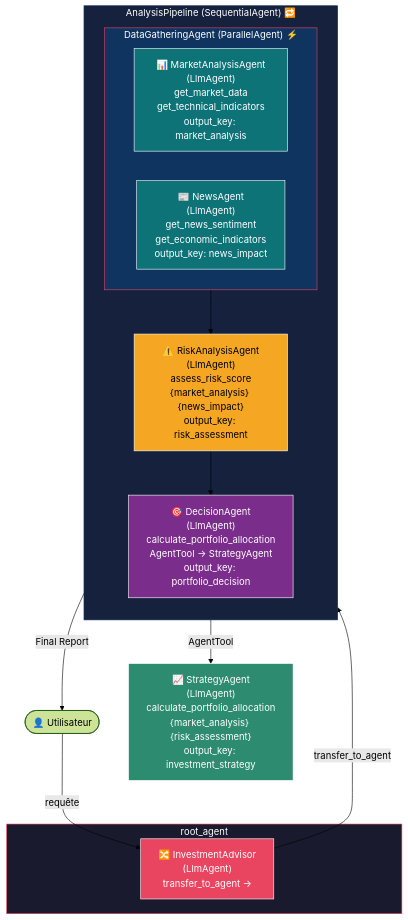
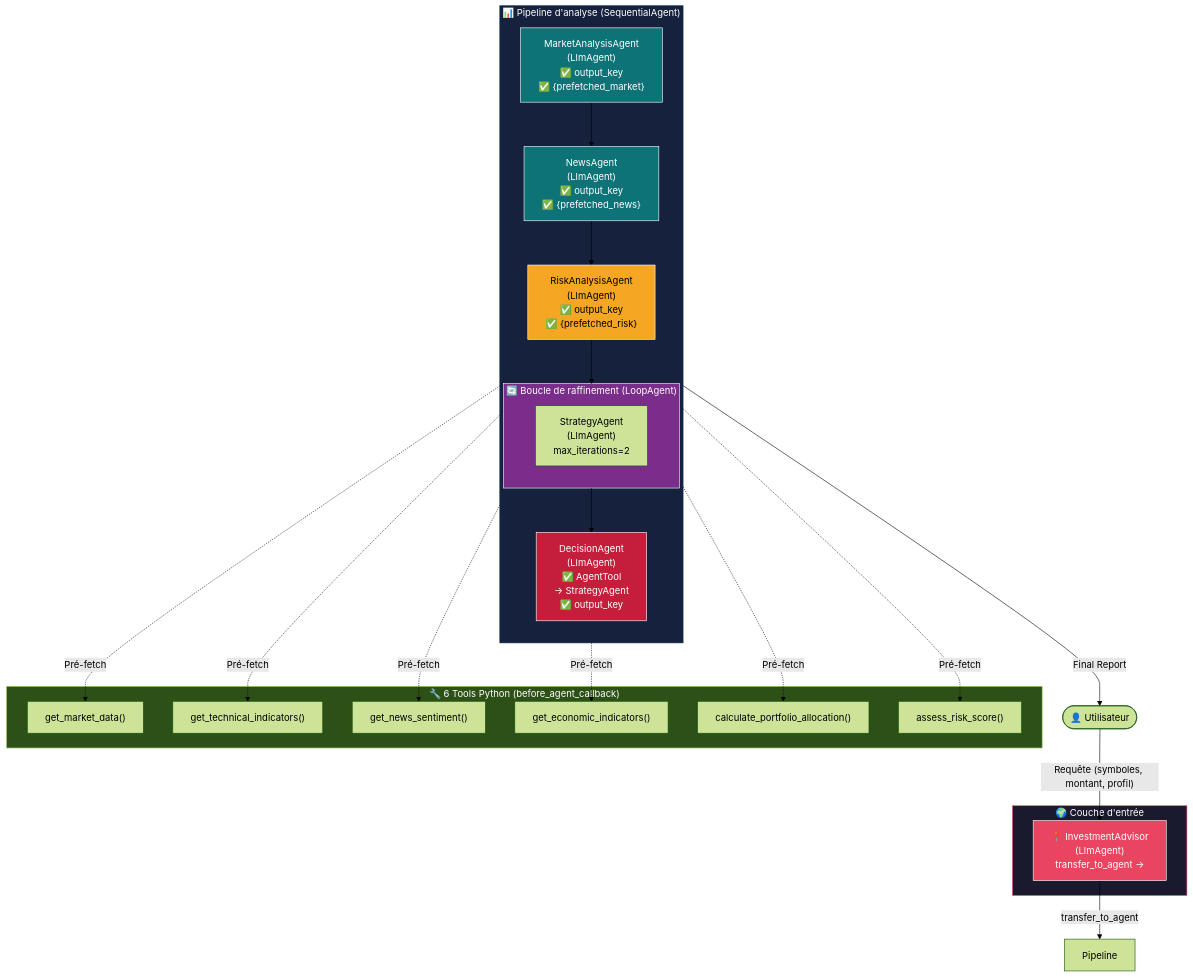
Before and after one commit to GARRADHICHAM/TP-Projet-Multi-Agents-ADK: the diagram in README.md, drawn with Mermaid (forest theme). The commit also changed other lines of this file and 14 other files, not shown here.

````diff
--- a/README.md
+++ b/README.md
@@ -17,42 +57,58 @@
 ```mermaid
-flowchart TD
+graph TD
     User(["👤 Utilisateur"])
-    User -->|requête| Router
+    User -->|"Requête (symboles, montant, profil)"| Root
 
-    subgraph ROOT["root_agent"]
-        Router["🔀 InvestmentAdvisor\n(LlmAgent)\ntransfer_to_agent →"]
+    subgraph ROOT["🌍 Couche d'entrée"]
+        Root["📍 InvestmentAdvisor<br/>(LlmAgent)<br/>transfer_to_agent →"]
     end
 
-    Router -->|transfer_to_agent| Pipeline
+    Root -->|"transfer_to_agent"| Pipeline
 
-    subgraph Pipeline["AnalysisPipeline (SequentialAgent) 🔁"]
+    subgraph SEQ["📊 Pipeline d'analyse (SequentialAgent)"]
         direction TB
 
-        subgraph Parallel["DataGatheringAgent (ParallelAgent) ⚡"]
-            direction LR
-            Market["📊 MarketAnalysisAgent\n(LlmAgent)\nget_market_data\nget_technical_indicators\noutput_key: market_analysis"]
-            News["📰 NewsAgent\n(LlmAgent)\nget_news_sentiment\nget_economic_indicators\noutput_key: news_impact"]
+        M["MarketAnalysisAgent<br/>(LlmAgent)<br/>✅ output_key<br/>✅ {prefetched_market}"]
+        N["NewsAgent<br/>(LlmAgent)<br/>✅ output_key<br/>✅ {prefetched_news}"]
+        R["RiskAnalysisAgent<br/>(LlmAgent)<br/>✅ output_key<br/>✅ {prefetched_risk}"]
+
+        subgraph LOOP["🔄 Boucle de raffinement (LoopAgent)"]
+            S["StrategyAgent<br/>(LlmAgent)<br/>max_iterations=2"]
         end
 
-        Risk["⚠️ RiskAnalysisAgent\n(LlmAgent)\nassess_risk_score\n{market_analysis} {news_impact}\noutput_key: risk_assessment"]
-
-        Decision["🎯 DecisionAgent\n(LlmAgent)\ncalculate_portfolio_allocation\nAgentTool → StrategyAgent\noutput_key: portfolio_decision"]
+        D["DecisionAgent<br/>(LlmAgent)<br/>✅ AgentTool<br/>→ StrategyAgent<br/>✅ output_key"]
     end
 
-    Parallel --> Risk
-    Risk --> Decision
+    M --> N
+    N --> R
+    R --> LOOP
+    LOOP --> D
+    D -->|"Final Report"| User
 
-    Decision -->|AgentTool| Strategy["📈 StrategyAgent\n(LlmAgent)\ncalculate_portfolio_allocation\n{market_analysis} {risk_assessment}\noutput_key: investment_strategy"]
+    subgraph TOOLS["🔧 6 Tools Python (before_agent_callback)"]
+        T1["get_market_data()"]
+        T2["get_technical_indicators()"]
+        T3["get_news_sentiment()"]
+        T4["get_economic_indicators()"]
+        T5["calculate_portfolio_allocation()"]
+        T6["assess_risk_score()"]
+    end
 
-    Decision -->|Final Report| User
+    M -.->|"Pré-fetch"| T1
+    M -.->|"Pré-fetch"| T2
+    N -.->|"Pré-fetch"| T3
+    N -.->|"Pré-fetch"| T4
+    R -.->|"Pré-fetch"| T6
+    S -.->|"Pré-fetch"| T5
 
     style ROOT fill:#1a1a2e,stroke:#e94560,color:#fff
-    style Pipeline fill:#16213e,stroke:#0f3460,color:#fff
-    style Parallel fill:#0f3460,stroke:#e94560,color:#fff
-    style Router fill:#e94560,stroke:#fff,color:#fff
-    style Market fill:#0d7377,stroke:#fff,color:#fff
-    style News fill:#0d7377,stroke:#fff,color:#fff
-    style Risk fill:#f5a623,stroke:#fff,color:#000
-    style Decision fill:#7b2d8b,stroke:#fff,color:#fff
-    style Strategy fill:#2d8b6f,stroke:#fff,color:#fff
+    style SEQ fill:#16213e,stroke:#0f3460,color:#fff
+    style LOOP fill:#0f3460,stroke:#e94560,color:#fff
+    style TOOLS fill:#2d5016,stroke:#7cb342,color:#fff
+    style Root fill:#e94560,stroke:#fff,color:#fff
+    style M fill:#0d7377,stroke:#fff,color:#fff
+    style N fill:#0d7377,stroke:#fff,color:#fff
+    style R fill:#f5a623,stroke:#fff,color:#000
+    style LOOP fill:#7b2d8b,stroke:#fff,color:#fff
+    style D fill:#c41e3a,stroke:#fff,color:#fff
 ```
````
